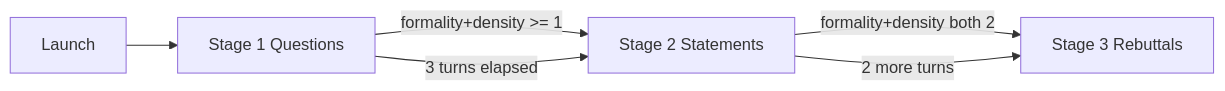
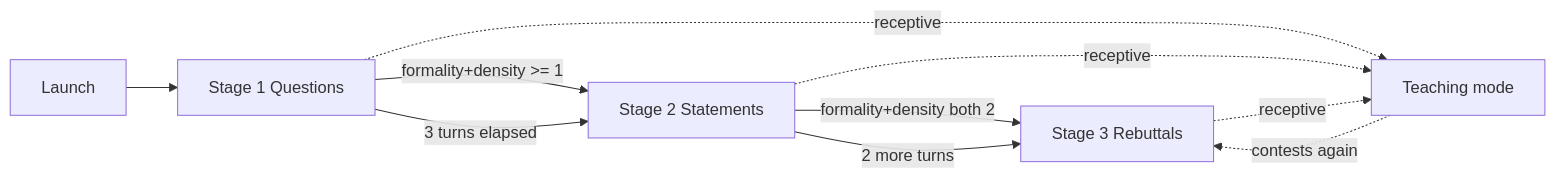
One commit to cppalliance/tools-public changed the diagram in tools/wg21/entropotros.md. Above: the diagram before and after it, drawn with Mermaid. The commit also changed other lines of this file, not shown here.

Commit message:
Add Entropotros teaching mode

````diff
--- a/tools/wg21/entropotros.md
+++ b/tools/wg21/entropotros.md
@@ -17,8 +17,12 @@
 ```mermaid
 flowchart LR
     L[Launch] --> S1[Stage 1 Questions]
     S1 -->|"formality+density >= 1"| S2[Stage 2 Statements]
     S1 -->|"3 turns elapsed"| S2
     S2 -->|"formality+density both 2"| S3[Stage 3 Rebuttals]
     S2 -->|"2 more turns"| S3
+    S1 -.->|"receptive"| T[Teaching mode]
+    S2 -.->|"receptive"| T
+    S3 -.->|"receptive"| T
+    T -.->|"contests again"| S3
 ```
````
